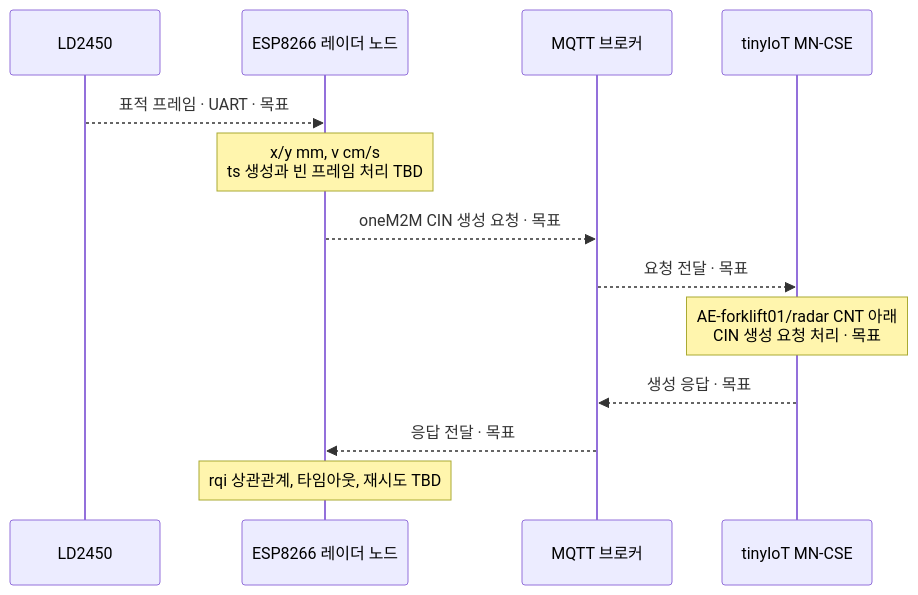
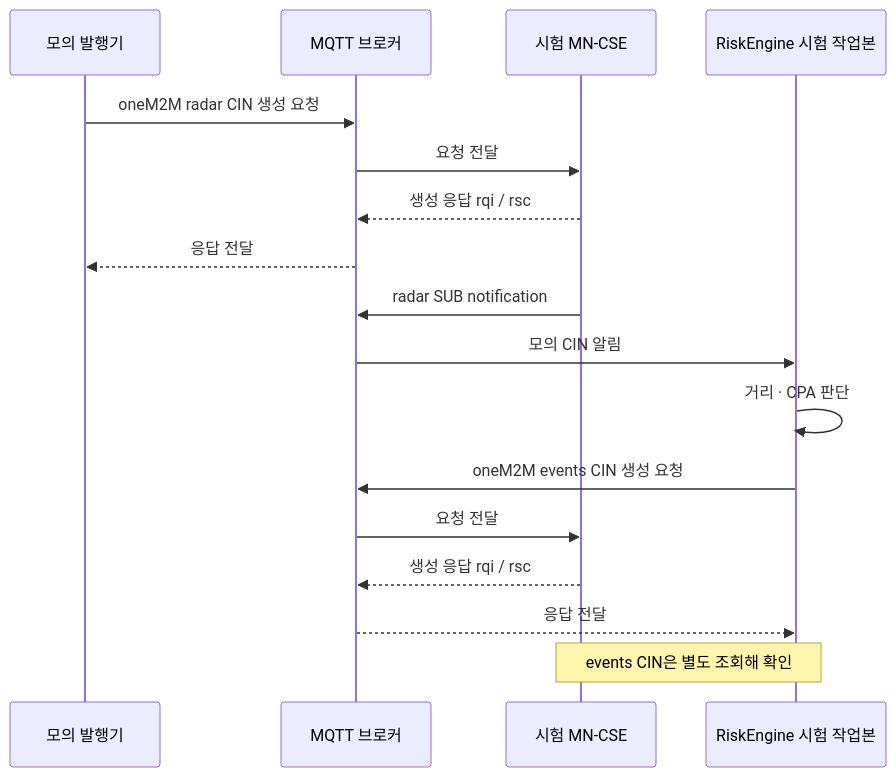
One commit to extra-7ex/Sejong_4IoT_OneM2M changed the third of 4 diagrams in docs/architecture.md. Above: the diagram before and after it, drawn with Mermaid. The commit also changed other lines of this file and 1 other file, not shown here.

````diff
--- a/docs/architecture.md
+++ b/docs/architecture.md
@@ -97,15 +53,19 @@
 ```mermaid
 sequenceDiagram
-    participant LD as LD2450
-    participant ESP as ESP8266 레이더 노드
-    participant MQTT as MQTT 브로커
-    participant CSE as tinyIoT MN-CSE
-    LD-->>ESP: 표적 프레임 · UART · 목표
-    Note over ESP: x/y mm, v cm/s<br/>ts 생성과 빈 프레임 처리 TBD
-    ESP-->>MQTT: oneM2M CIN 생성 요청 · 목표
-    MQTT-->>CSE: 요청 전달 · 목표
-    Note over CSE: AE-forklift01/radar CNT 아래<br/>CIN 생성 요청 처리 · 목표
-    CSE-->>MQTT: 생성 응답 · 목표
-    MQTT-->>ESP: 응답 전달 · 목표
-    Note over ESP: rqi 상관관계, 타임아웃, 재시도 TBD
+  participant P as 모의 발행기
+  participant B as MQTT 브로커
+  participant C as 시험 MN-CSE
+  participant R as RiskEngine 시험 작업본
+  P->>B: oneM2M radar CIN 생성 요청
+  B->>C: 요청 전달
+  C-->>B: 생성 응답 rqi / rsc
+  B-->>P: 응답 전달
+  C->>B: radar SUB notification
+  B->>R: 모의 CIN 알림
+  R->>R: 거리 · CPA 판단
+  R->>B: oneM2M events CIN 생성 요청
+  B->>C: 요청 전달
+  C-->>B: 생성 응답 rqi / rsc
+  B-->>R: 응답 전달
+  Note over C,R: events CIN은 별도 조회해 확인
 ```
````
